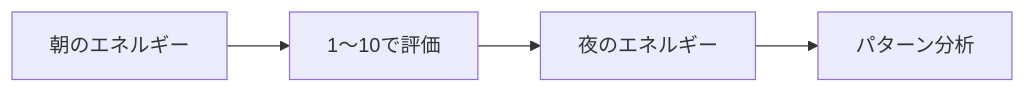
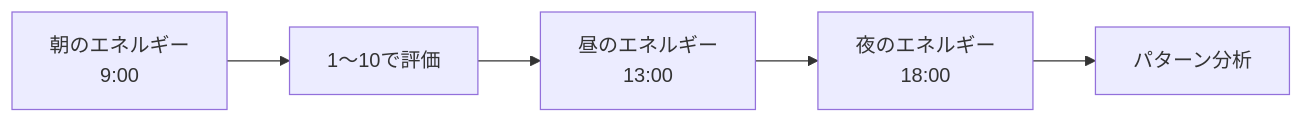
Before and after one commit to tndg16-bot/portfolio-site: the third of 4 diagrams in content/blog/293-capacity-awareness-burnout-prevention.md, drawn with Mermaid. The commit also changed other lines of this file and 19 other files, not shown here.

````diff
--- a/content/blog/293-capacity-awareness-burnout-prevention.md
+++ b/content/blog/293-capacity-awareness-burnout-prevention.md
@@ -70,6 +67,7 @@
 ```mermaid
 graph LR
-    A[朝のエネルギー] --> B[1〜10で評価]
-    B --> C[夜のエネルギー]
-    C --> D[パターン分析]
+    A[朝のエネルギー<br/>9:00] --> B[1〜10で評価]
+    B --> C[昼のエネルギー<br/>13:00]
+    C --> D[夜のエネルギー<br/>18:00]
+    D --> E[パターン分析]
 ```
````
